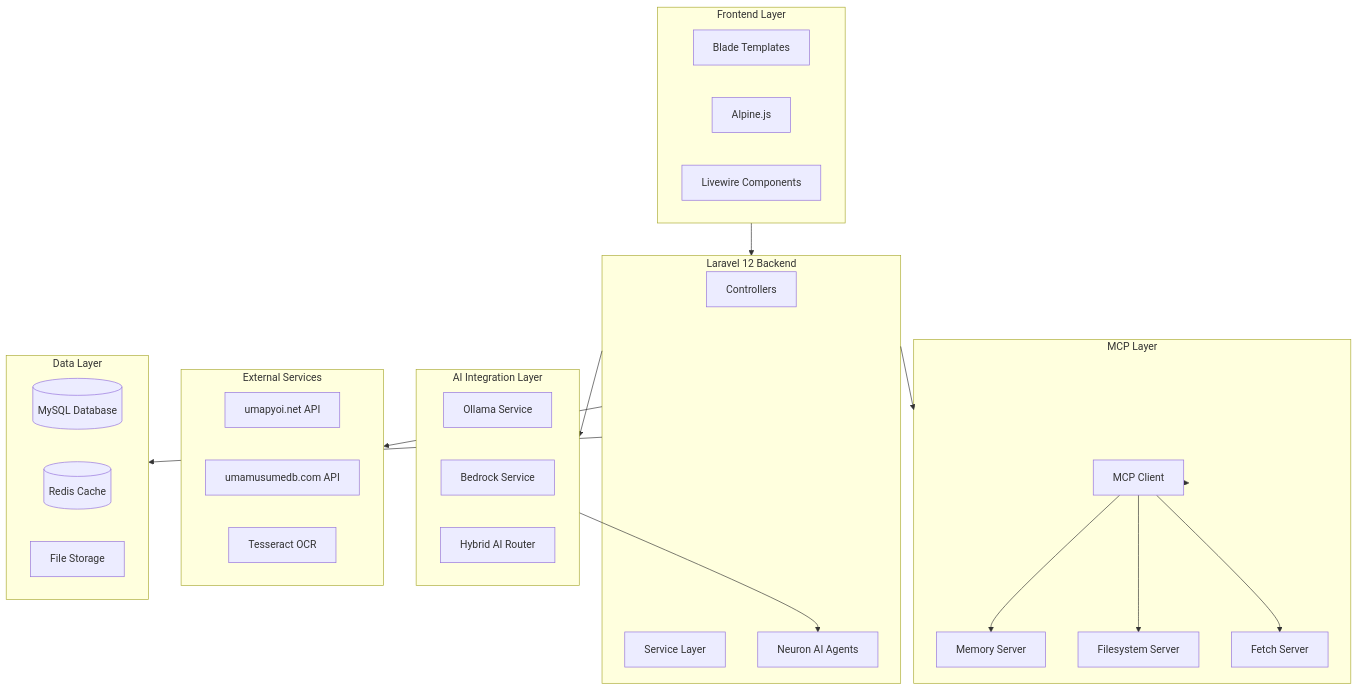
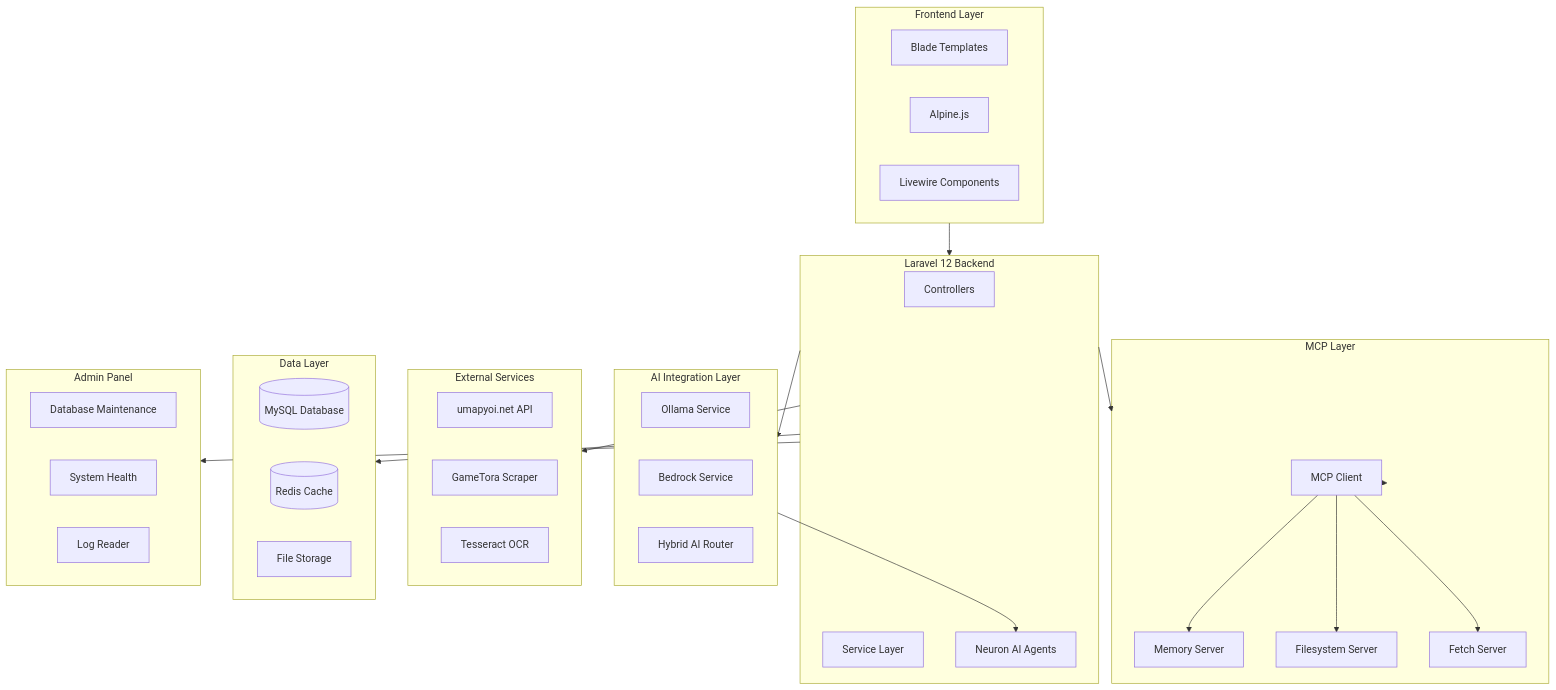
Before and after one commit to exatfrds67/umamusume-career-planner: the first of 18 diagrams in docs/00-core-docs/007_SIP_Software_Integration_Plan.md, drawn with Mermaid. The commit also changed other lines of this file and 111 other files, not shown here.

````diff
--- a/docs/00-core-docs/007_SIP_Software_Integration_Plan.md
+++ b/docs/00-core-docs/007_SIP_Software_Integration_Plan.md
@@ -74,50 +101,57 @@
 ```mermaid
 flowchart TB
     subgraph Frontend["Frontend Layer"]
         Blade["Blade Templates"]
         Alpine["Alpine.js"]
         Livewire["Livewire Components"]
     end
 
     subgraph Backend["Laravel 12 Backend"]
         Controllers["Controllers"]
         Services["Service Layer"]
         Neuron["Neuron AI Agents"]
     end
 
     subgraph AI["AI Integration Layer"]
         OllamaService["Ollama Service"]
         BedrockService["Bedrock Service"]
         HybridAI["Hybrid AI Router"]
     end
 
     subgraph MCP["MCP Layer"]
         MCPClient["MCP Client"]
         MemoryServer["Memory Server"]
         FilesystemServer["Filesystem Server"]
         FetchServer["Fetch Server"]
     end
 
     subgraph External["External Services"]
         Umapyoi["umapyoi.net API"]
-        UmamusumeDB["umamusumedb.com API"]
+        GameTora["GameTora Scraper"]
         OCR["Tesseract OCR"]
     end
 
     subgraph Storage["Data Layer"]
         MySQL[(MySQL Database)]
         Redis[(Redis Cache)]
         FileStorage["File Storage"]
     end
 
+    subgraph Admin["Admin Panel"]
+        DBMaintenance["Database Maintenance"]
+        SystemHealth["System Health"]
+        LogReader["Log Reader"]
+    end
+
     Frontend --> Backend
     Backend --> AI
     Backend --> MCP
     Backend --> External
     Backend --> Storage
+    Backend --> Admin
     AI --> Neuron
     MCP --> MCPClient
     MCPClient --> MemoryServer
     MCPClient --> FilesystemServer
     MCPClient --> FetchServer
 ```
````
